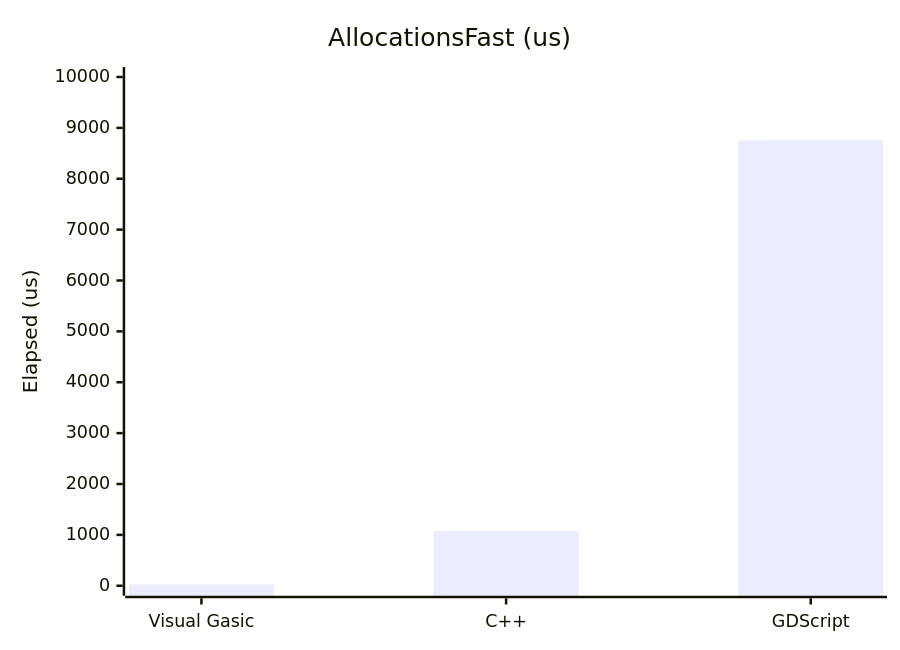
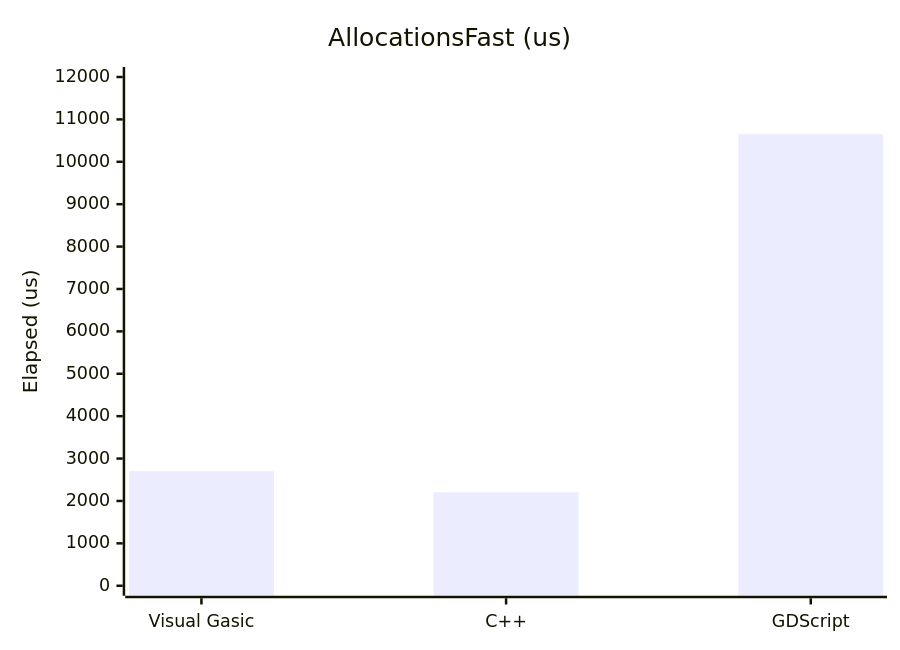
Before and after one commit to xgreenrx-star/VisualGasic: the ninth of 10 diagrams in docs/manual/performance.md, drawn with Mermaid. The commit also changed other lines of this file and 5 other files, not shown here.

````diff
--- a/docs/manual/performance.md
+++ b/docs/manual/performance.md
@@ -133,7 +138,7 @@
 ```mermaid
 xychart-beta
     title "AllocationsFast (us)"
     x-axis ["Visual Gasic","C++","GDScript"]
-    y-axis "Elapsed (us)" 0 --> 10000
-    bar [24,1082,8755]
+    y-axis "Elapsed (us)" 0 --> 12000
+    bar [2705,2206,10651]
 ```
````
